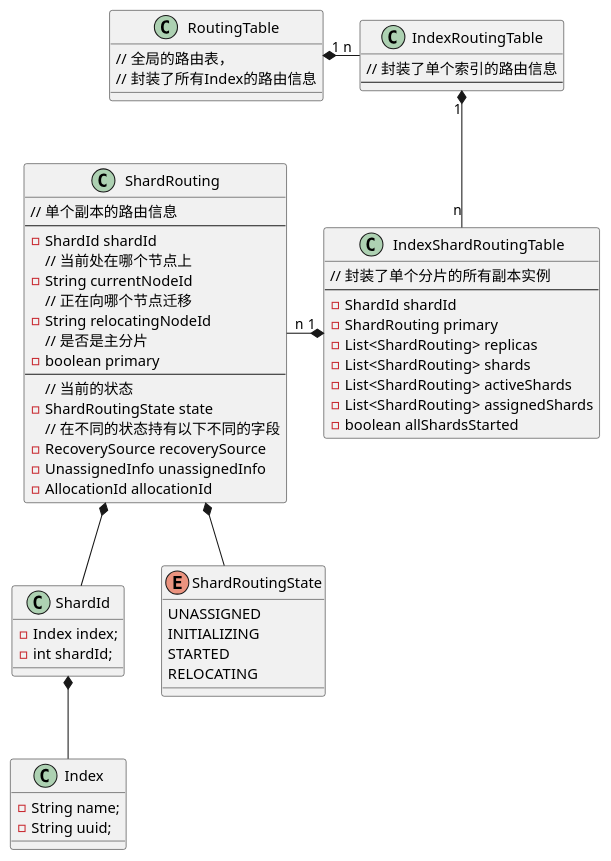
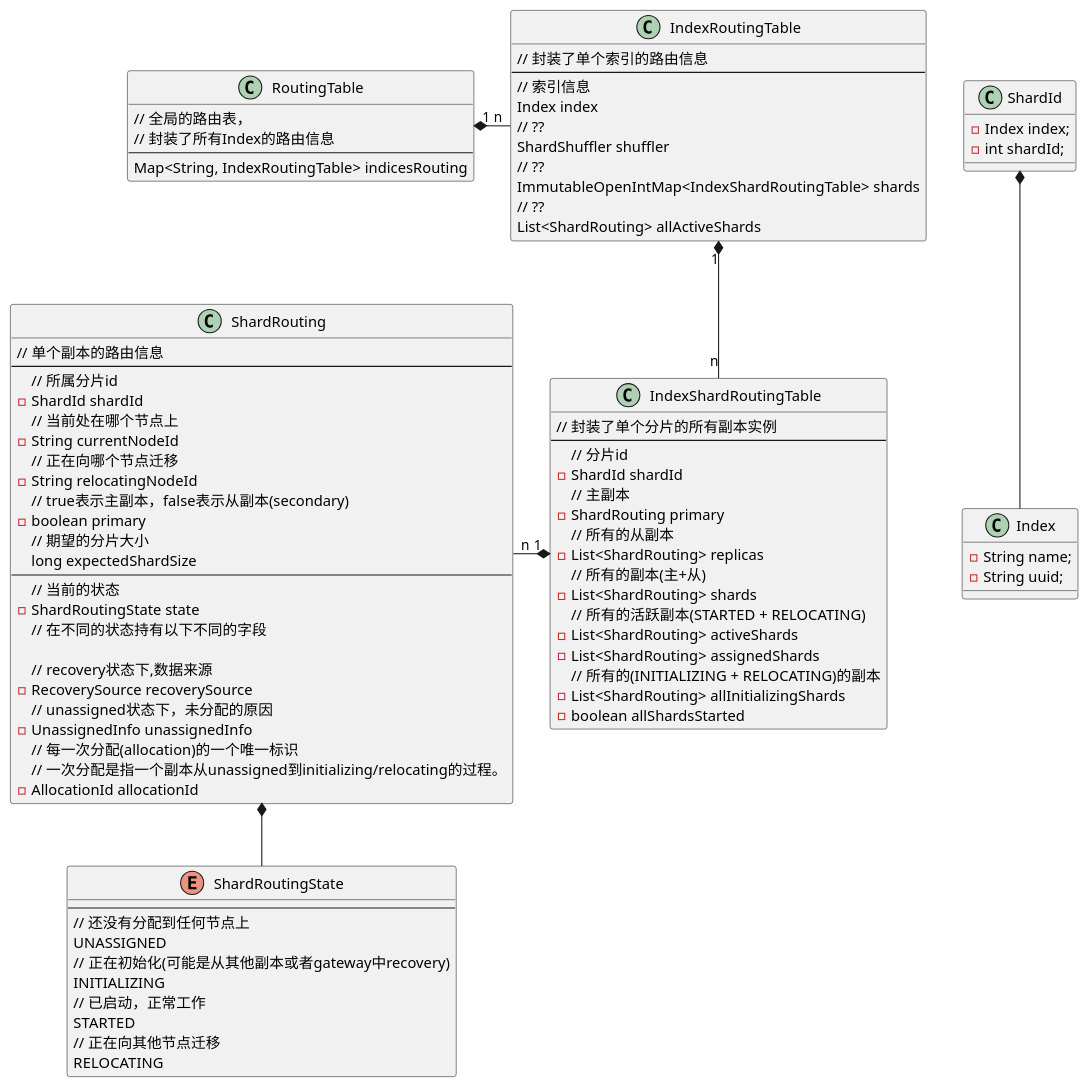
The diagram in zx_notes/notes/cluster模块/RoutingTable相关类图.puml (zouxiang1993/es7.2.1), drawn with PlantUML before and after one commit. The commit also changed 7 other files, not shown here.

```diff
--- a/zx_notes/notes/cluster模块/RoutingTable相关类图.puml
+++ b/zx_notes/notes/cluster模块/RoutingTable相关类图.puml
@@ -1,67 +1,97 @@
 @startuml
 class RoutingTable{
     // 全局的路由表，
     // 封装了所有Index的路由信息
+    ---
+    Map<String, IndexRoutingTable> indicesRouting
 }
 
 class IndexRoutingTable{
     // 封装了单个索引的路由信息
     ---
+    // 索引信息
+    Index index
+    // ??
+    ShardShuffler shuffler
+    // ??
+    ImmutableOpenIntMap<IndexShardRoutingTable> shards
+    // ??
+    List<ShardRouting> allActiveShards
 }
 
 class IndexShardRoutingTable{
     // 封装了单个分片的所有副本实例
     ---
+    // 分片id
     -ShardId shardId
+    // 主副本
     -ShardRouting primary
+    // 所有的从副本
     -List<ShardRouting> replicas
+    // 所有的副本(主+从)
     -List<ShardRouting> shards
+    // 所有的活跃副本(STARTED + RELOCATING)
     -List<ShardRouting> activeShards
     -List<ShardRouting> assignedShards
+    // 所有的(INITIALIZING + RELOCATING)的副本
+    -List<ShardRouting> allInitializingShards
     -boolean allShardsStarted
 }
 
 class ShardRouting{
     // 单个副本的路由信息
     ---
+    // 所属分片id
     -ShardId shardId
     // 当前处在哪个节点上
     -String currentNodeId
     // 正在向哪个节点迁移
     -String relocatingNodeId
-    // 是否是主分片
+    // true表示主副本，false表示从副本(secondary)
     -boolean primary
+    // 期望的分片大小
+    long expectedShardSize
     --
     // 当前的状态
     -ShardRoutingState state
     // 在不同的状态持有以下不同的字段
+
+    // recovery状态下,数据来源
     -RecoverySource recoverySource
+    // unassigned状态下，未分配的原因
     -UnassignedInfo unassignedInfo
+    // 每一次分配(allocation)的一个唯一标识
+    // 一次分配是指一个副本从unassigned到initializing/relocating的过程。
     -AllocationId allocationId
 }
 
 class ShardId{
     -Index index;
     -int shardId;
 }
 
 class Index{
     -String name;
     -String uuid;
 }
 
 enum ShardRoutingState{
+    ---
+    // 还没有分配到任何节点上
     UNASSIGNED
+    // 正在初始化(可能是从其他副本或者gateway中recovery)
     INITIALIZING
+    // 已启动，正常工作
     STARTED
+    // 正在向其他节点迁移
     RELOCATING
 }
 
 RoutingTable "1" *--right-- "n" IndexRoutingTable
 IndexRoutingTable "1" *-- "n" IndexShardRoutingTable
 IndexShardRoutingTable "1" *--left-- "n" ShardRouting
-ShardRouting *-- ShardId
+
 ShardId *-- Index
 ShardRouting *-- ShardRoutingState
 
 @enduml
```
